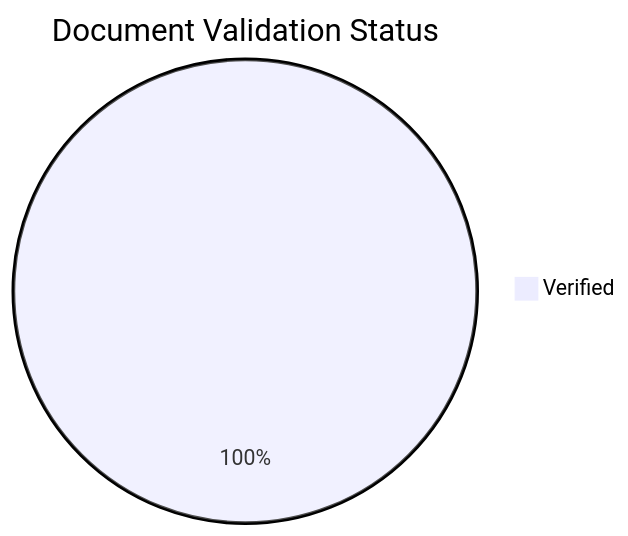
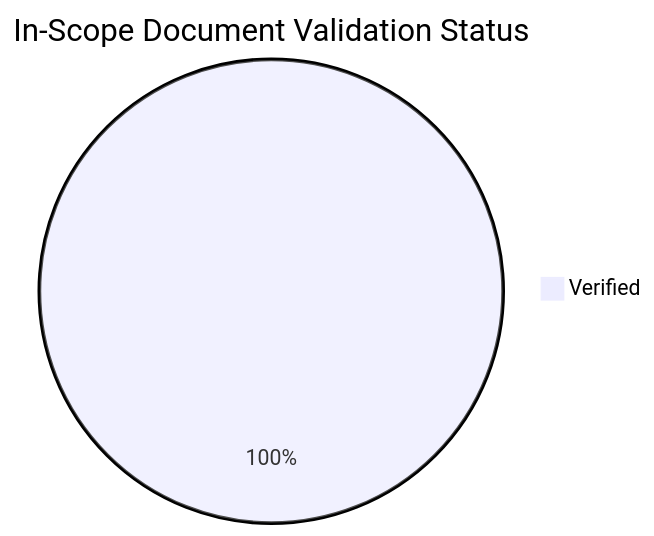
One commit to yeongseon/azure-app-service-practical-guide changed the diagram in docs/reference/content-validation-status.md. Above: the diagram before and after it, drawn with Mermaid. The commit also changed other lines of this file and 153 other files, not shown here.

First line of the commit message:
docs: scope content_validation to factual pages, remove 118 tautological blocks (#64) (#89)

````diff
--- a/docs/reference/content-validation-status.md
+++ b/docs/reference/content-validation-status.md
@@ -24,4 +24,4 @@
 ```mermaid
-pie title Document Validation Status
-    "Verified" : 93
+pie title In-Scope Document Validation Status
+    "Verified" : 71
 ```
````
